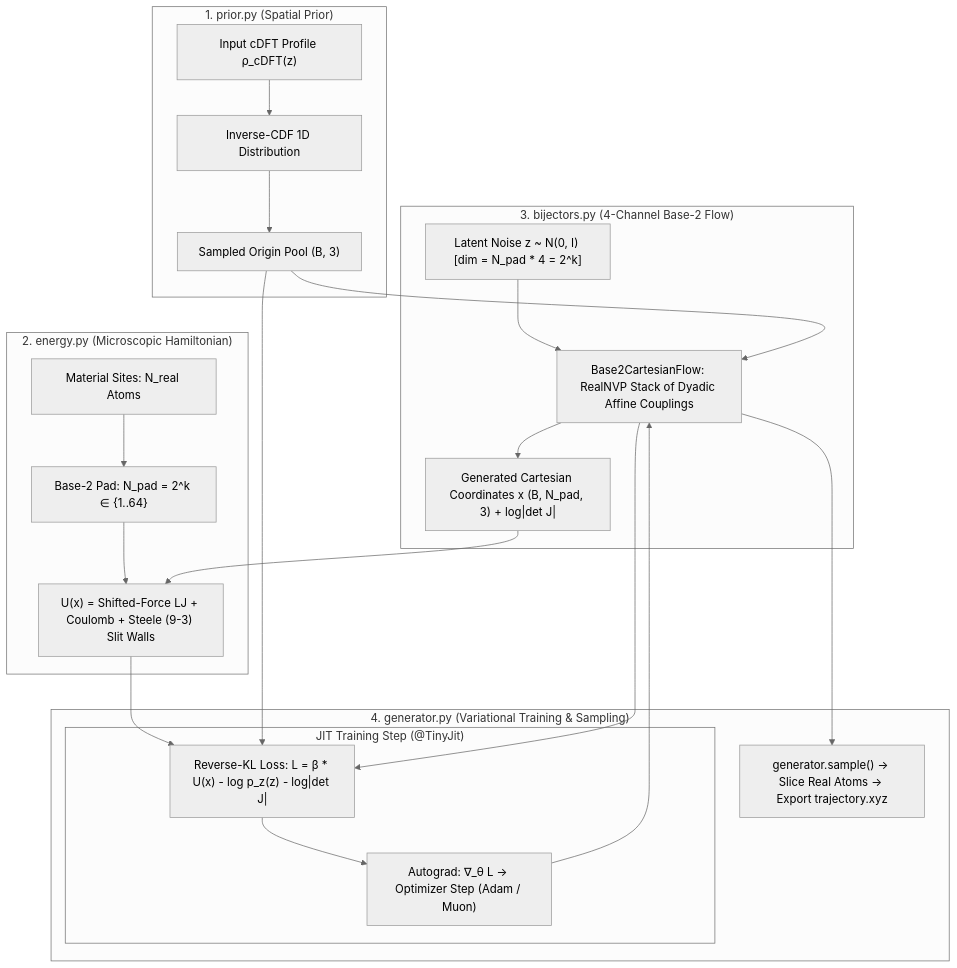
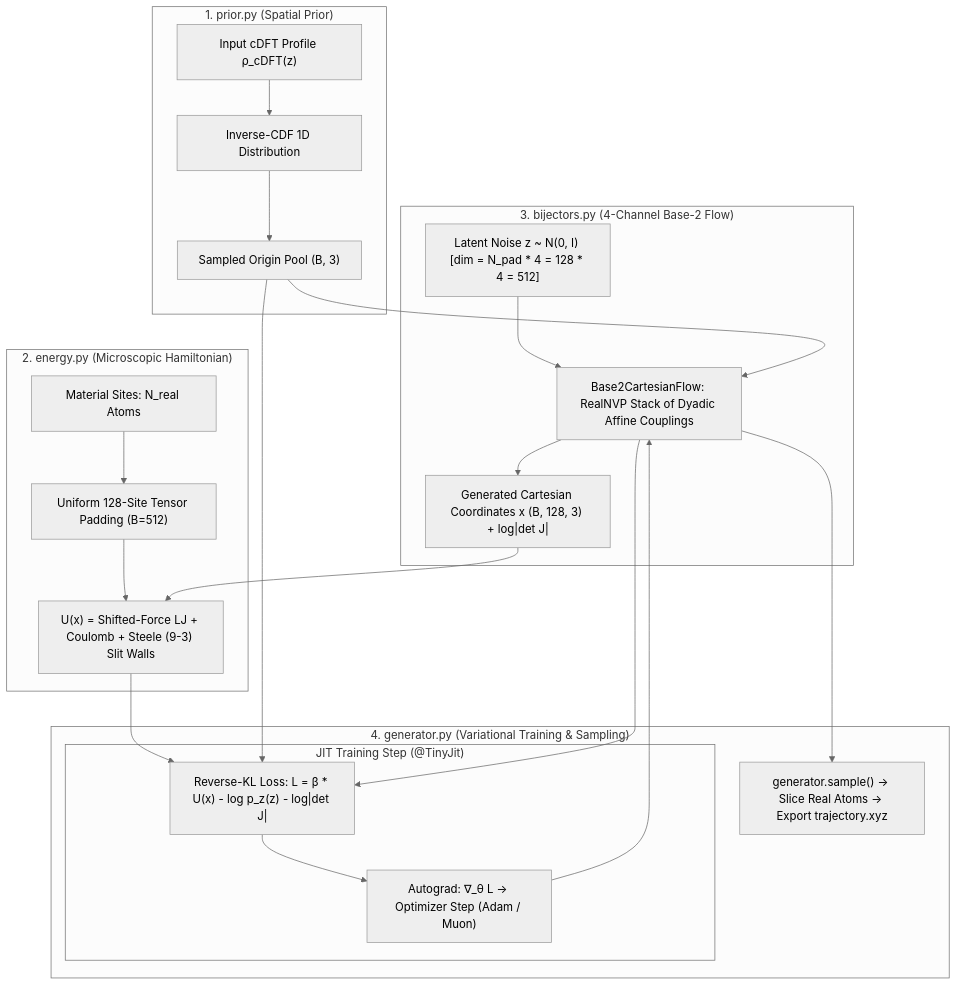
One commit to ExcessFreeEnergy/dens-city changed the diagram in src/dens_city/boltzmann/boltzman_spec.md. Above: the diagram before and after it, drawn with Mermaid (neutral theme). The commit also changed other lines of this file and 2 other files, not shown here.

````diff
--- a/src/dens_city/boltzmann/boltzman_spec.md
+++ b/src/dens_city/boltzmann/boltzman_spec.md
@@ -24,38 +24,38 @@
 ```mermaid
 flowchart TD
     subgraph P["1. prior.py (Spatial Prior)"]
         Rho["Input cDFT Profile ρ_cDFT(z)"] --> CDF["Inverse-CDF 1D Distribution"]
         CDF --> Origins["Sampled Origin Pool (B, 3)"]
     end
 
     subgraph E["2. energy.py (Microscopic Hamiltonian)"]
-        Mol["Material Sites: N_real Atoms"] --> Pad["Base-2 Pad: N_pad = 2^k ∈ {1..64}"]
+        Mol["Material Sites: N_real Atoms"] --> Pad["Uniform 128-Site Tensor Padding (B=512)"]
         Pad --> Ham["U(x) = Shifted-Force LJ + Coulomb + Steele (9-3) Slit Walls"]
     end
 
     subgraph B["3. bijectors.py (4-Channel Base-2 Flow)"]
-        Latent["Latent Noise z ~ N(0, I) [dim = N_pad * 4 = 2^k]"]
+        Latent["Latent Noise z ~ N(0, I) [dim = N_pad * 4 = 128 * 4 = 512]"]
         Flow["Base2CartesianFlow: RealNVP Stack of Dyadic Affine Couplings"]
         Latent --> Flow
-        Flow --> Coords["Generated Cartesian Coordinates x (B, N_pad, 3) + log|det J|"]
+        Flow --> Coords["Generated Cartesian Coordinates x (B, 128, 3) + log|det J|"]
     end
 
     subgraph G["4. generator.py (Variational Training & Sampling)"]
         subgraph LOOP["JIT Training Step (@TinyJit)"]
             Loss["Reverse-KL Loss: L = β * U(x) - log p_z(z) - log|det J|"]
             Grad["Autograd: ∇_θ L -> Optimizer Step (Adam / Muon)"]
             Loss --> Grad
         end
         
         Sample["generator.sample() -> Slice Real Atoms -> Export trajectory.xyz"]
     end
 
     %% Data Flow Connections
     Origins --> Flow
     Coords --> Ham
     Ham --> Loss
     Origins --> Loss
     Flow --> Loss
     Grad --> Flow
     Flow --> Sample
 ```
````
